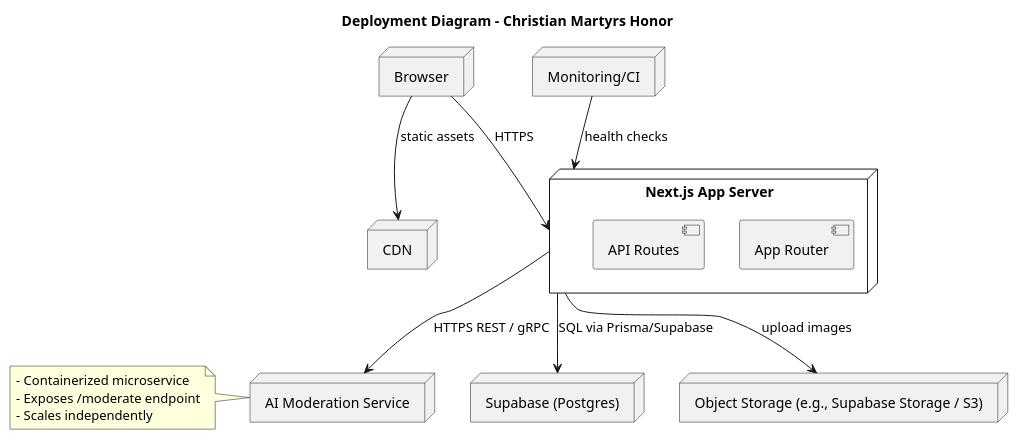
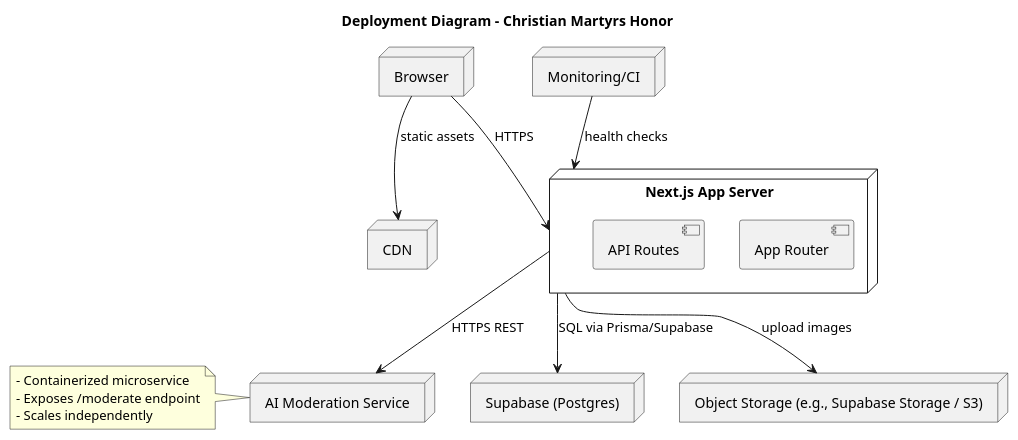
One commit to WAJoseph/christian-martyrs-honor changed the diagram in docs/diagrams/deployment_diagram.puml. Above: the diagram before and after it, drawn with PlantUML. The commit also changed 4 other files, not shown here.

Commit message:
fix: diagrams

```diff
--- a/docs/diagrams/deployment_diagram.puml
+++ b/docs/diagrams/deployment_diagram.puml
@@ -1,30 +1,30 @@
 @startuml
 title Deployment Diagram - Christian Martyrs Honor
 
 node Browser
 node CDN
 
 node "Next.js App Server" as NextServer {
   component "App Router"
   component "API Routes"
 }
 
 node "AI Moderation Service" as AIService
 node "Supabase (Postgres)" as DB
 node "Object Storage (e.g., Supabase Storage / S3)" as Storage
 node "Monitoring/CI" as Monitoring
 
 Browser --> CDN : static assets
 Browser --> NextServer : HTTPS
 NextServer --> DB : SQL via Prisma/Supabase
-NextServer --> AIService : HTTPS REST / gRPC
+NextServer --> AIService : HTTPS REST
 NextServer --> Storage : upload images
 Monitoring --> NextServer : health checks
 
 note left of AIService
   - Containerized microservice
   - Exposes /moderate endpoint
   - Scales independently
 end note
 
 @enduml
```
